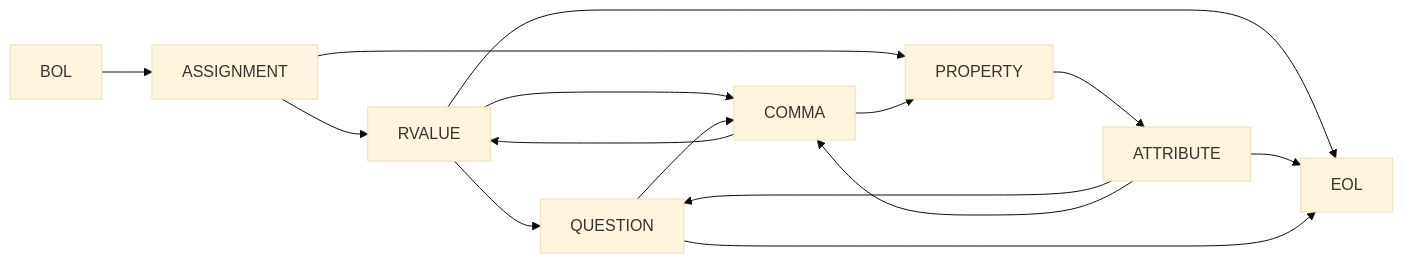
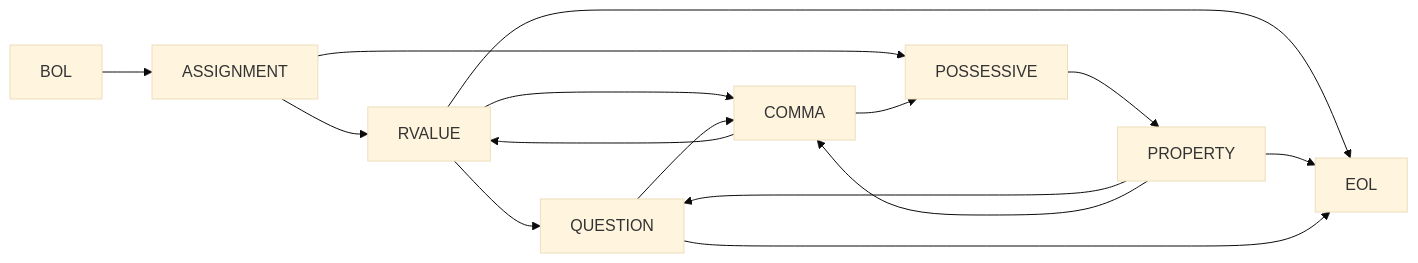
One commit to rewhowe/snapdragon changed the first of 12 diagrams in documentation/nfsm.md. Above: the diagram before and after it, drawn with Mermaid (base theme). The commit also changed other lines of this file and 27 other files, not shown here.

````diff
--- a/documentation/nfsm.md
+++ b/documentation/nfsm.md
@@ -7,23 +7,23 @@
 ```mermaid
 graph LR
   BOL --> ASSIGNMENT
 
   ASSIGNMENT --> RVALUE
-  ASSIGNMENT --> PROPERTY
+  ASSIGNMENT --> POSSESSIVE
 
   RVALUE --> EOL
   RVALUE --> QUESTION
   RVALUE --> COMMA
 
-  PROPERTY --> ATTRIBUTE
+  POSSESSIVE --> PROPERTY
 
-  ATTRIBUTE --> EOL
-  ATTRIBUTE --> QUESTION
-  ATTRIBUTE --> COMMA
+  PROPERTY --> EOL
+  PROPERTY --> QUESTION
+  PROPERTY --> COMMA
 
   COMMA --> RVALUE
-  COMMA --> PROPERTY
+  COMMA --> POSSESSIVE
 
   QUESTION --> COMMA
   QUESTION --> EOL
 ```
````
